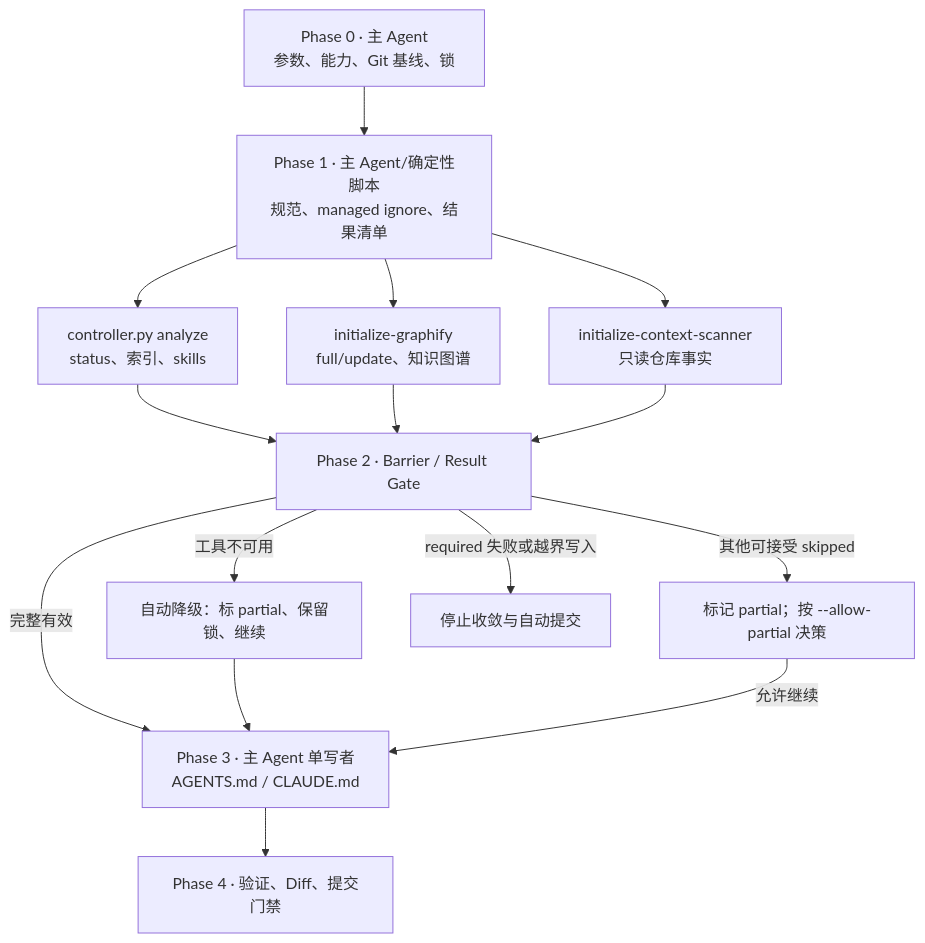
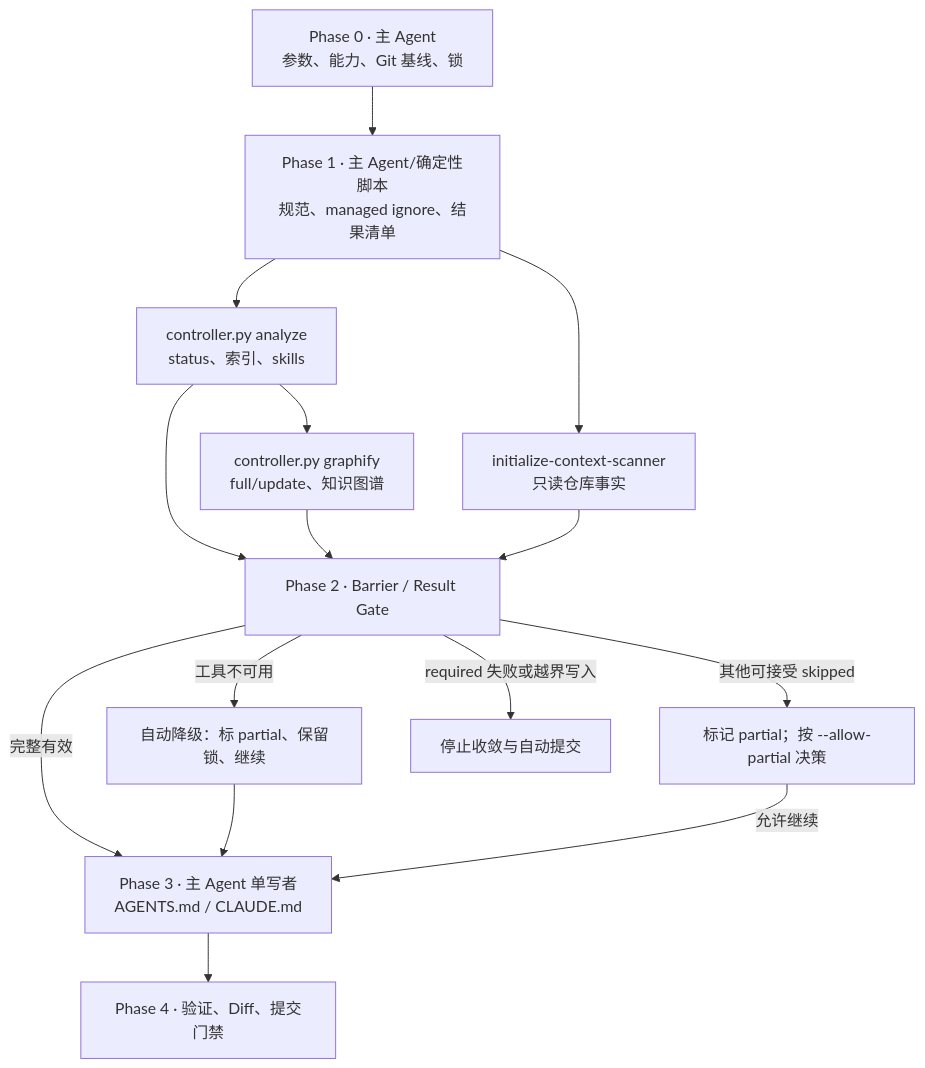
The diagram in skills/initialize/SKILL.md (luming1617/CodeKit), drawn with Mermaid before and after one commit. The commit also changed other lines of this file and 38 other files, not shown here.

````diff
--- a/skills/initialize/SKILL.md
+++ b/skills/initialize/SKILL.md
@@ -60,17 +60,17 @@
 ```mermaid
 flowchart TD
     P0["Phase 0 · 主 Agent<br/>参数、能力、Git 基线、锁"] --> P1["Phase 1 · 主 Agent/确定性脚本<br/>规范、managed ignore、结果清单"]
     P1 --> GN["controller.py analyze<br/>status、索引、skills"]
-    P1 --> GF["initialize-graphify<br/>full/update、知识图谱"]
+    GN --> GF["controller.py graphify<br/>full/update、知识图谱"]
     P1 --> CS["initialize-context-scanner<br/>只读仓库事实"]
     GN --> GATE["Phase 2 · Barrier / Result Gate"]
     GF --> GATE
     CS --> GATE
     GATE -->|完整有效| CTX["Phase 3 · 主 Agent 单写者<br/>AGENTS.md / CLAUDE.md"]
     GATE -->|工具不可用| AUTO["自动降级：标 partial、保留锁、继续"]
     GATE -->|其他可接受 skipped| PARTIAL["标记 partial；按 --allow-partial 决策"]
     GATE -->|required 失败或越界写入| STOP["停止收敛与自动提交"]
     AUTO --> CTX
     PARTIAL -->|允许继续| CTX
     CTX --> P4["Phase 4 · 验证、Diff、提交门禁"]
 ```
````
